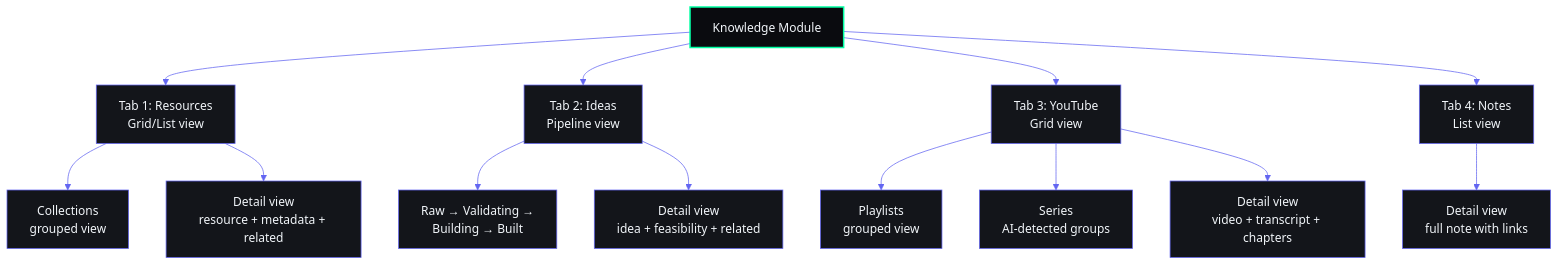
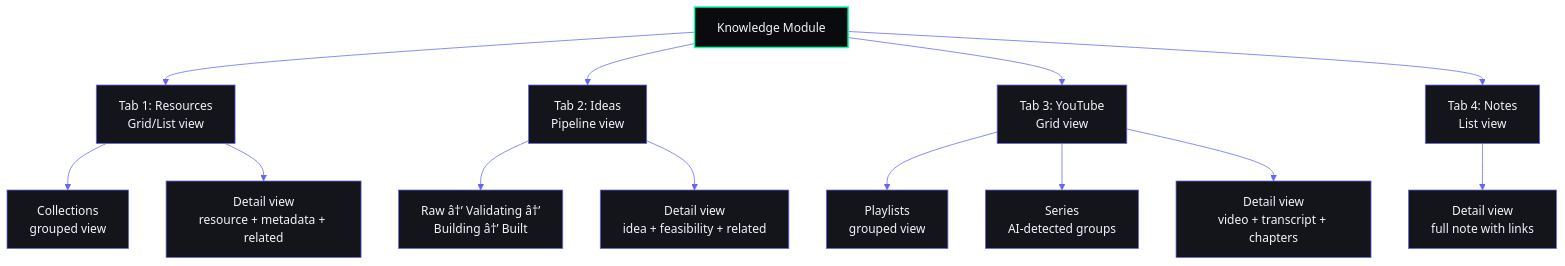
Before and after one commit to rohitkumarnaidu/ARIA-OS---SecondBrain-: diagram 15 of 35 in docs/design/InformationArchitecture.md, drawn with Mermaid. The commit also changed other lines of this file and 9 other files, not shown here.

````diff
--- a/docs/design/InformationArchitecture.md
+++ b/docs/design/InformationArchitecture.md
@@ -1396,22 +1396,22 @@
 ```mermaid
 %%{init: {'theme': 'base', 'themeVariables': {'background': '#0A0B0F', 'primaryColor': '#13151A', 'primaryBorderColor': '#6366F1', 'primaryTextColor': '#F1F5F9', 'lineColor': '#6366F1', 'secondaryColor': '#1A1D24', 'tertiaryColor': '#0A0B0F', 'fontFamily': 'DM Sans'}}}%%
 graph TD
     KM[Knowledge Module] --> T1[Tab 1: Resources<br/>Grid/List view]
     KM --> T2[Tab 2: Ideas<br/>Pipeline view]
     KM --> T3[Tab 3: YouTube<br/>Grid view]
     KM --> T4[Tab 4: Notes<br/>List view]
     
     T1 --> T1C[Collections<br/>grouped view]
     T1 --> T1D[Detail view<br/>resource + metadata + related]
     
-    T2 --> T2P[Raw → Validating →<br/>Building → Built]
+    T2 --> T2P[Raw â†’ Validating â†’<br/>Building â†’ Built]
     T2 --> T2D[Detail view<br/>idea + feasibility + related]
     
     T3 --> T3P[Playlists<br/>grouped view]
     T3 --> T3S[Series<br/>AI-detected groups]
     T3 --> T3D[Detail view<br/>video + transcript + chapters]
     
     T4 --> T4D[Detail view<br/>full note with links]
 
     style KM fill:#0A0B0F,stroke:#00FFA3,color:#F1F5F9,stroke-width:2px
 ```
````
